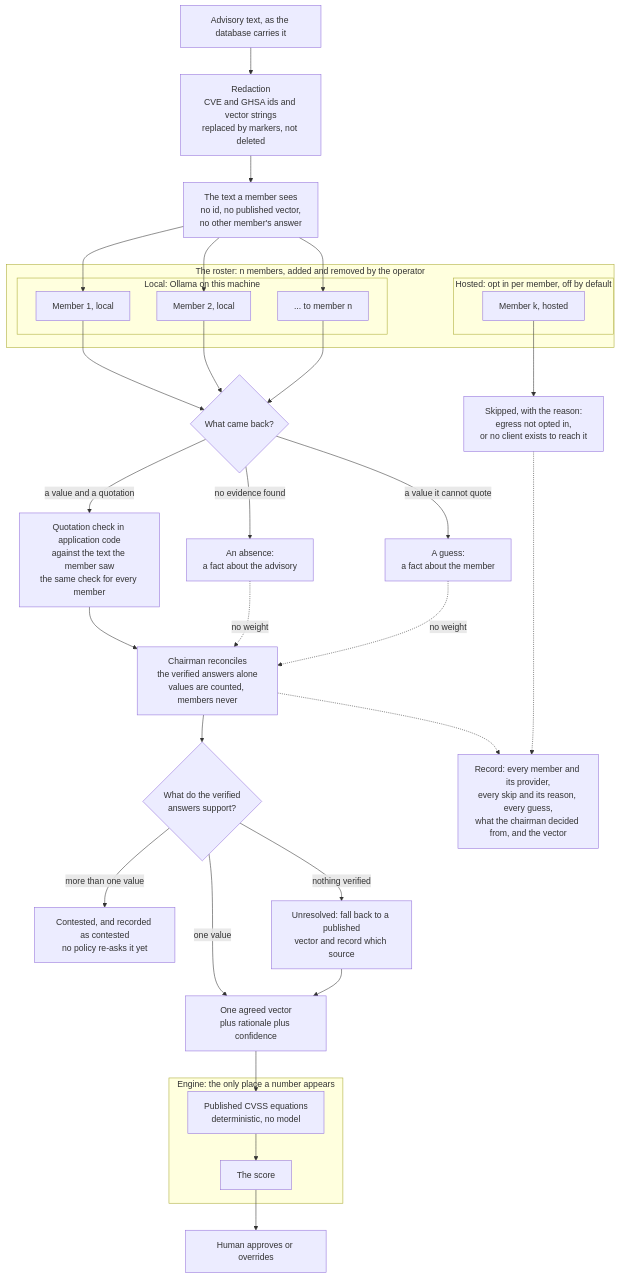
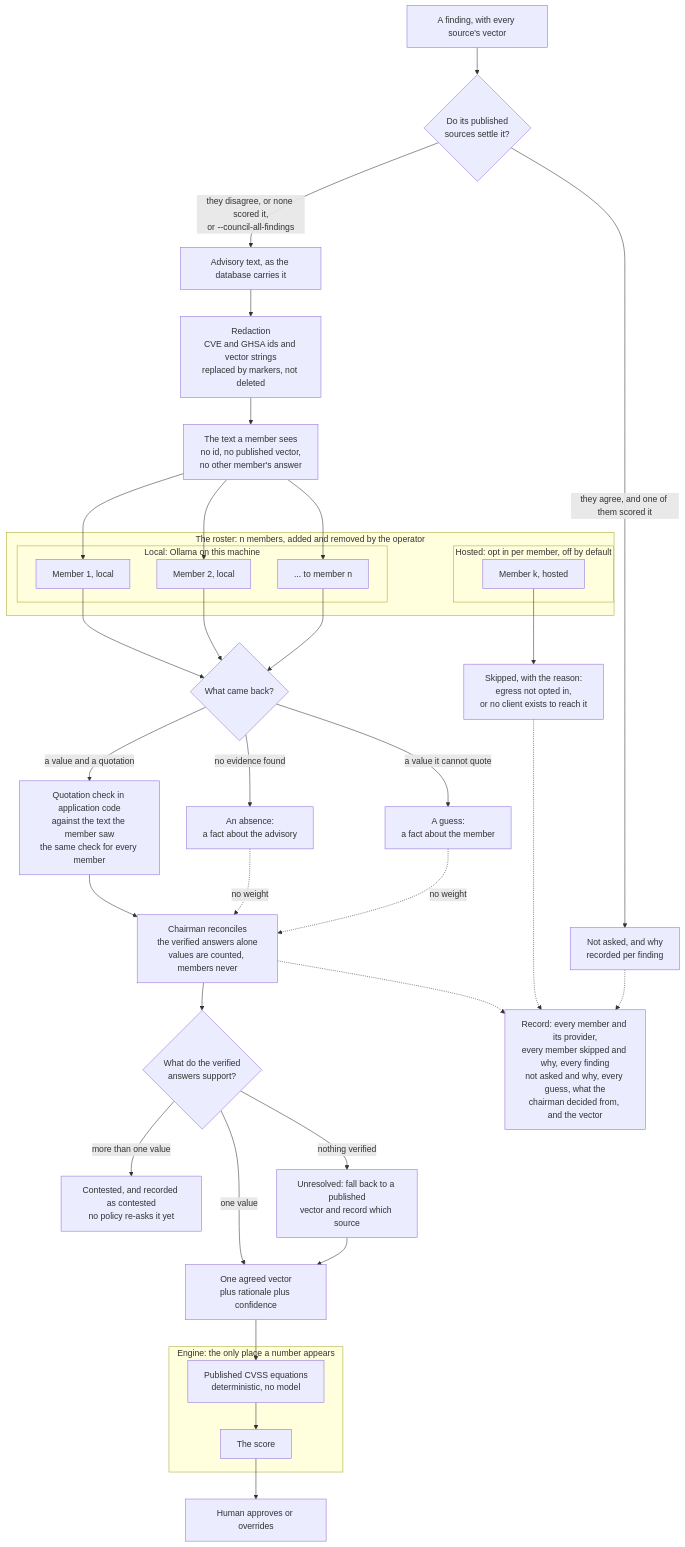
One commit to heinthtnaung/AgenticLLMAppAuditor changed the fourth of 5 diagrams in docs/diagrams.md. Above: the diagram before and after it, drawn with Mermaid. The commit also changed other lines of this file and 2 other files, not shown here.

Commit message:
Document the council's scope and correct what it orchestrates

````diff
--- a/docs/diagrams.md
+++ b/docs/diagrams.md
@@ -271,50 +286,54 @@
 ```mermaid
 flowchart TD
+    fnd["A finding, with every source's vector"] --> scope{"Do its published<br/>sources settle it?"}
+    scope -->|"they agree, and one of them scored it"| pass["Not asked, and why<br/>recorded per finding"]
+    scope -->|"they disagree, or none scored it,<br/>or --council-all-findings"| raw
     raw["Advisory text, as the database carries it"] --> red["Redaction<br/>CVE and GHSA ids and vector strings<br/>replaced by markers, not deleted"]
     red --> shown["The text a member sees<br/>no id, no published vector,<br/>no other member's answer"]
 
     subgraph ROSTER["The roster: n members, added and removed by the operator"]
         subgraph LOCALM["Local: Ollama on this machine"]
             m1["Member 1, local"]
             m2["Member 2, local"]
             mdot["... to member n"]
         end
         subgraph HOSTM["Hosted: opt in per member, off by default"]
             h1["Member k, hosted"]
         end
     end
 
     shown --> m1
     shown --> m2
     shown --> mdot
     h1 --> skip["Skipped, with the reason:<br/>egress not opted in,<br/>or no client exists to reach it"]
 
     m1 --> rep{"What came back?"}
     m2 --> rep
     mdot --> rep
     rep -->|"a value and a quotation"| qc["Quotation check in application code<br/>against the text the member saw<br/>the same check for every member"]
     rep -->|"no evidence found"| abs["An absence:<br/>a fact about the advisory"]
     rep -->|"a value it cannot quote"| gue["A guess:<br/>a fact about the member"]
 
     qc --> chr["Chairman reconciles<br/>the verified answers alone<br/>values are counted, members never"]
     abs -. "no weight" .-> chr
     gue -. "no weight" .-> chr
 
     chr --> st{"What do the verified<br/>answers support?"}
     st -->|"one value"| vec["One agreed vector<br/>plus rationale plus confidence"]
     st -->|"more than one value"| pol["Contested, and recorded as contested<br/>no policy re-asks it yet"]
     st -->|"nothing verified"| fbk["Unresolved: fall back to a published<br/>vector and record which source"]
     fbk --> vec
 
     subgraph DETERM["Engine: the only place a number appears"]
         eng["Published CVSS equations<br/>deterministic, no model"]
         eng --> num["The score"]
     end
 
     vec --> eng
     num --> hmn["Human approves or overrides"]
 
-    rec["Record: every member and its provider,<br/>every skip and its reason, every guess,<br/>what the chairman decided from, and the vector"]
+    rec["Record: every member and its provider,<br/>every member skipped and why, every finding<br/>not asked and why, every guess, what the<br/>chairman decided from, and the vector"]
     chr -.-> rec
     skip -.-> rec
+    pass -.-> rec
 ```
````
